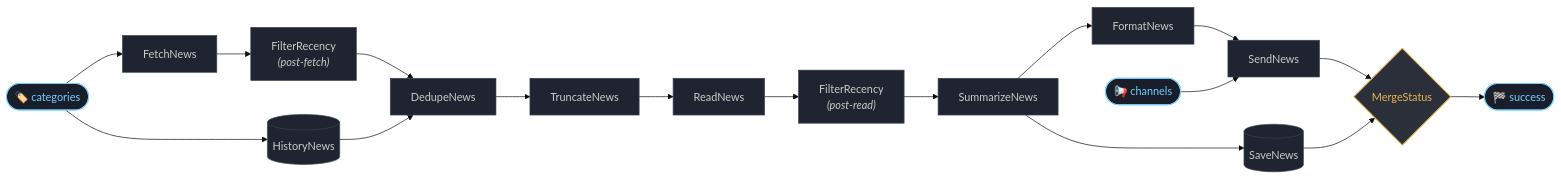
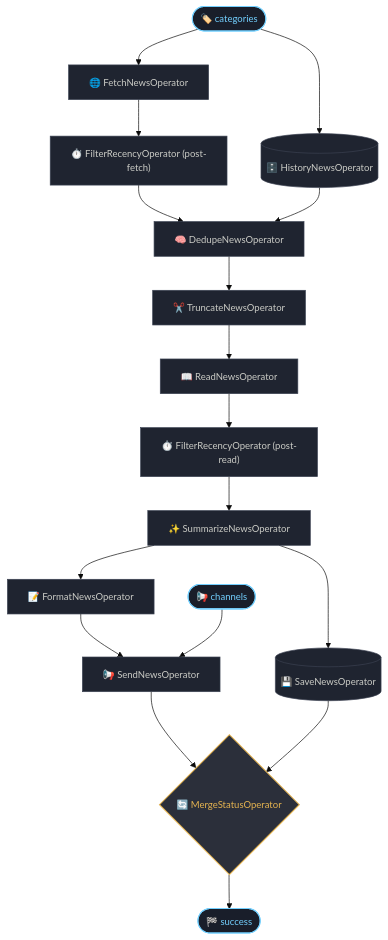
One commit to AnthonyChouGit/news_briefing changed the diagram in README.md. Above: the diagram before and after it, drawn with Mermaid (base theme).

Commit message:
docs: update news pipeline mermaid diagram with operator names and improved formatting

````diff
--- a/README.md
+++ b/README.md
@@ -13,46 +13,49 @@
 ```mermaid
-flowchart LR
-    %% Inputs
-    InCat(["🏷️ categories"])
-    InChan(["📢 channels"])
-    
-    %% Ingestion & Deduplication
-    Fetch["FetchNews"]
-    Hist[("HistoryNews")]
-    Filter1["FilterRecency<br/><i>(post-fetch)</i>"]
-    Dedupe["DedupeNews"]
-    
-    InCat --> Fetch --> Filter1 --> Dedupe
-    InCat --> Hist --> Dedupe
+flowchart TD
+    Categories(["🏷️ categories"])
+    Channels(["📢 channels"])
 
-    %% Processing & Summarization
-    Truncate["TruncateNews"]
-    Read["ReadNews"]
-    Filter2["FilterRecency<br/><i>(post-read)</i>"]
-    Summarize["SummarizeNews"]
+    Fetch["🌐 FetchNewsOperator"]
+    Hist[("🗄️ HistoryNewsOperator")]
+    Filter1["⏱️ FilterRecencyOperator (post-fetch)"]
+    Dedupe["🧠 DedupeNewsOperator"]
 
-    Dedupe --> Truncate --> Read --> Filter2 --> Summarize
+    Categories --> Fetch
+    Categories --> Hist
+    Fetch --> Filter1
+    Filter1 --> Dedupe
+    Hist --> Dedupe
 
-    %% Output & Persistence
-    Format["FormatNews"]
-    Send["SendNews"]
-    Save[("SaveNews")]
-    Merge{"MergeStatus"}
-    Success([🏁 success])
+    Truncate["✂️ TruncateNewsOperator"]
+    Read["📖 ReadNewsOperator"]
+    Filter2["⏱️ FilterRecencyOperator (post-read)"]
+    Summarize["✨ SummarizeNewsOperator"]
 
-    Summarize --> Format --> Send
-    InChan --> Send
+    Dedupe --> Truncate
+    Truncate --> Read
+    Read --> Filter2
+    Filter2 --> Summarize
+
+    Format["📝 FormatNewsOperator"]
+    Send["📢 SendNewsOperator"]
+    Save[("💾 SaveNewsOperator")]
+    Merge{"🔄 MergeStatusOperator"}
+    Success(["🏁 success"])
+
+    Summarize --> Format
+    Format --> Send
+    Channels --> Send
+
     Summarize --> Save
 
     Send --> Merge
     Save --> Merge
     Merge --> Success
 
-    %% Styling
-    classDef default fill:#1f2430,stroke:#3b4252,stroke-width:1px,color:#cbccc6;
-    classDef io fill:#191e2a,stroke:#73d0ff,stroke-width:1.5px,color:#73d0ff;
-    classDef merge fill:#2b2f3a,stroke:#e6b450,stroke-width:1.5px,color:#e6b450;
+    classDef default fill:#1f2430,stroke:#3b4252,stroke-width:1px,color:#cbccc6,font-size:14px;
+    classDef io fill:#191e2a,stroke:#73d0ff,stroke-width:1.5px,color:#73d0ff,font-size:14px;
+    classDef merge fill:#2b2f3a,stroke:#e6b450,stroke-width:1.5px,color:#e6b450,font-size:14px;
     
-    class InCat,InChan,Success io;
+    class Categories,Channels,Success io;
     class Merge merge;
 ```
````
